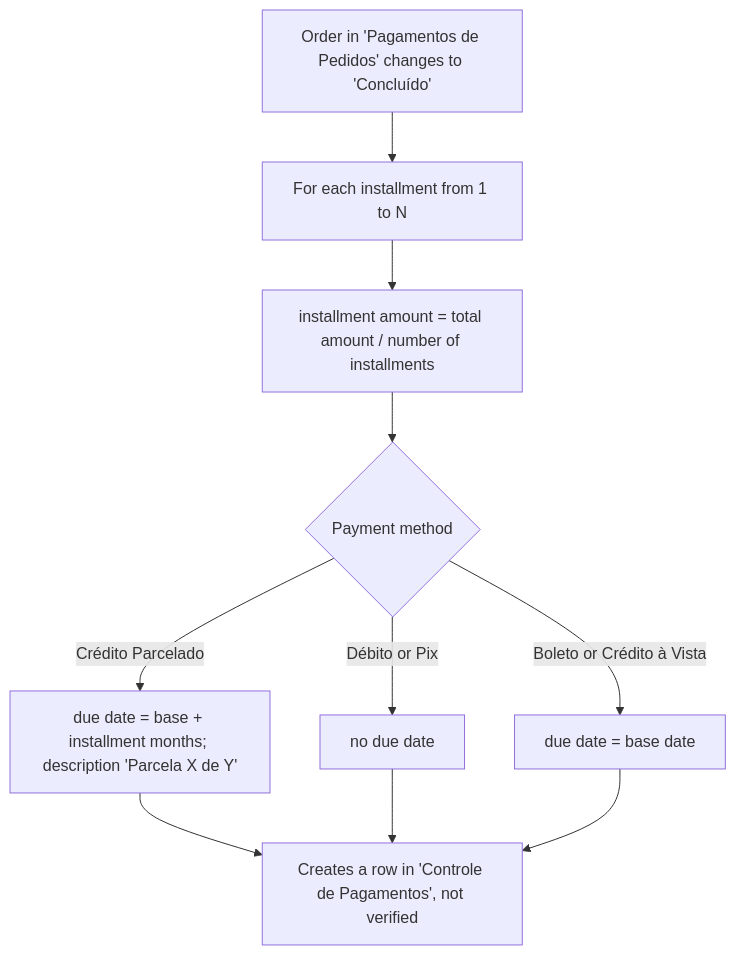
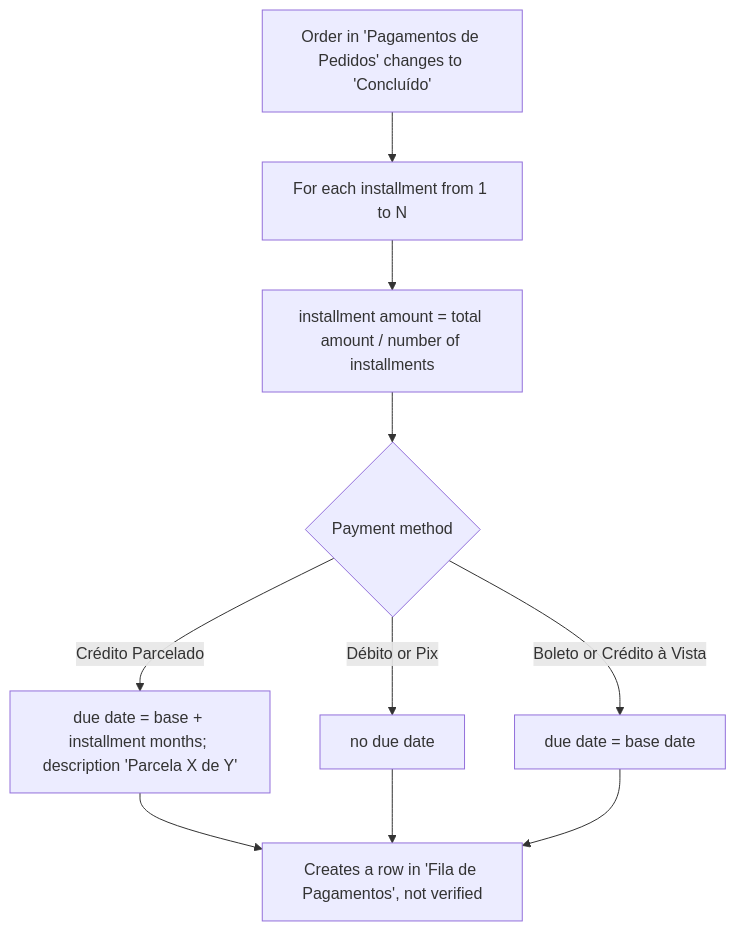
Before and after one commit to zenvv/portifolio: the second of 3 diagrams in public/projects/bello-financeiro/content/en.md, drawn with Mermaid. The commit also changed other lines of this file and 76 other files, not shown here.

````diff
--- a/public/projects/bello-financeiro/content/en.md
+++ b/public/projects/bello-financeiro/content/en.md
@@ -43,12 +45,12 @@
 ```mermaid
 flowchart TD
     T[Order in 'Pagamentos de Pedidos' changes to 'Concluído'] --> L[For each installment from 1 to N]
     L --> V[installment amount = total amount / number of installments]
     V --> D{Payment method}
     D -->|Crédito Parcelado| DP[due date = base + installment months; description 'Parcela X de Y']
     D -->|Débito or Pix| DN[no due date]
     D -->|Boleto or Crédito à Vista| DB[due date = base date]
-    DP --> C[Creates a row in 'Controle de Pagamentos', not verified]
+    DP --> C[Creates a row in 'Fila de Pagamentos', not verified]
     DN --> C
     DB --> C
 ```
````
